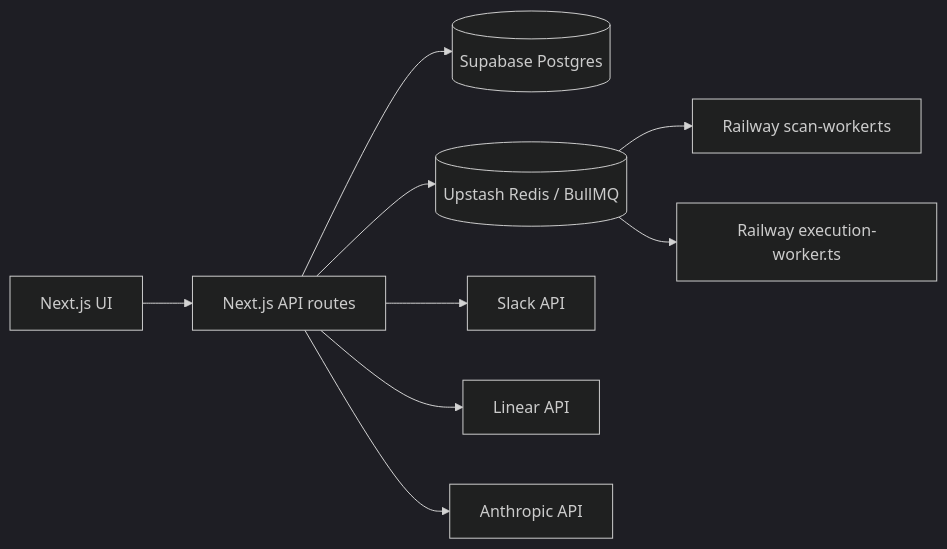
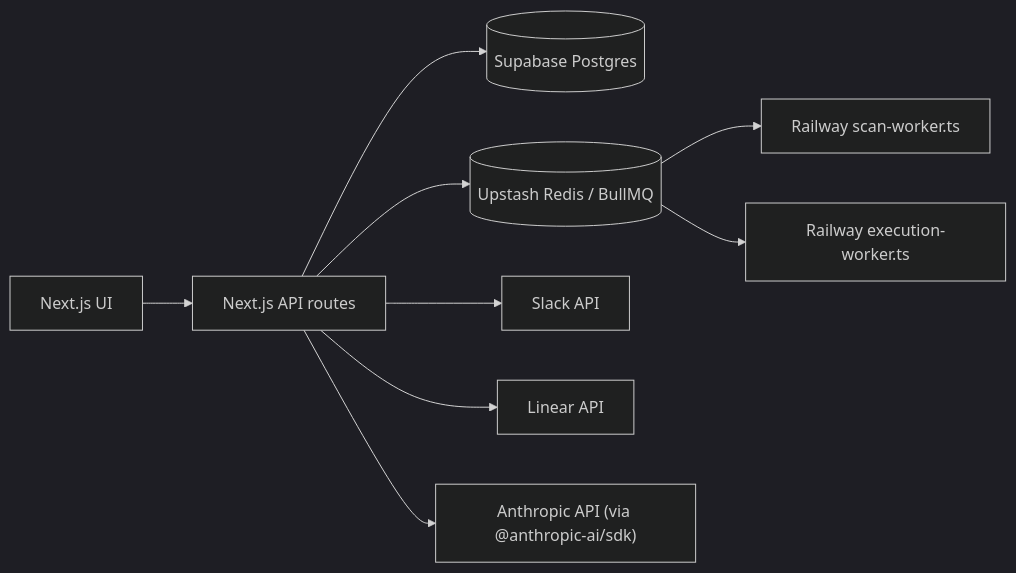
Before and after one commit to msanchezgrice/virtual-cofounder: the first of 16 diagrams in explorations/architecture-workflows.md, drawn with Mermaid (dark theme). The commit also changed other lines of this file and 37 other files, not shown here.

````diff
--- a/explorations/architecture-workflows.md
+++ b/explorations/architecture-workflows.md
@@ -7,11 +28,11 @@
 ```mermaid
 graph LR
   UI[Next.js UI] --> API[Next.js API routes]
   API --> DB[(Supabase Postgres)]
   API --> Redis[(Upstash Redis / BullMQ)]
   API --> Slack[Slack API]
   API --> Linear[Linear API]
-  API --> Anthropic[Anthropic API]
+  API --> Anthropic["Anthropic API (via @anthropic-ai/sdk)"]
   Redis --> ScanWorker[Railway scan-worker.ts]
   Redis --> ExecWorker[Railway execution-worker.ts]
 ```
````
